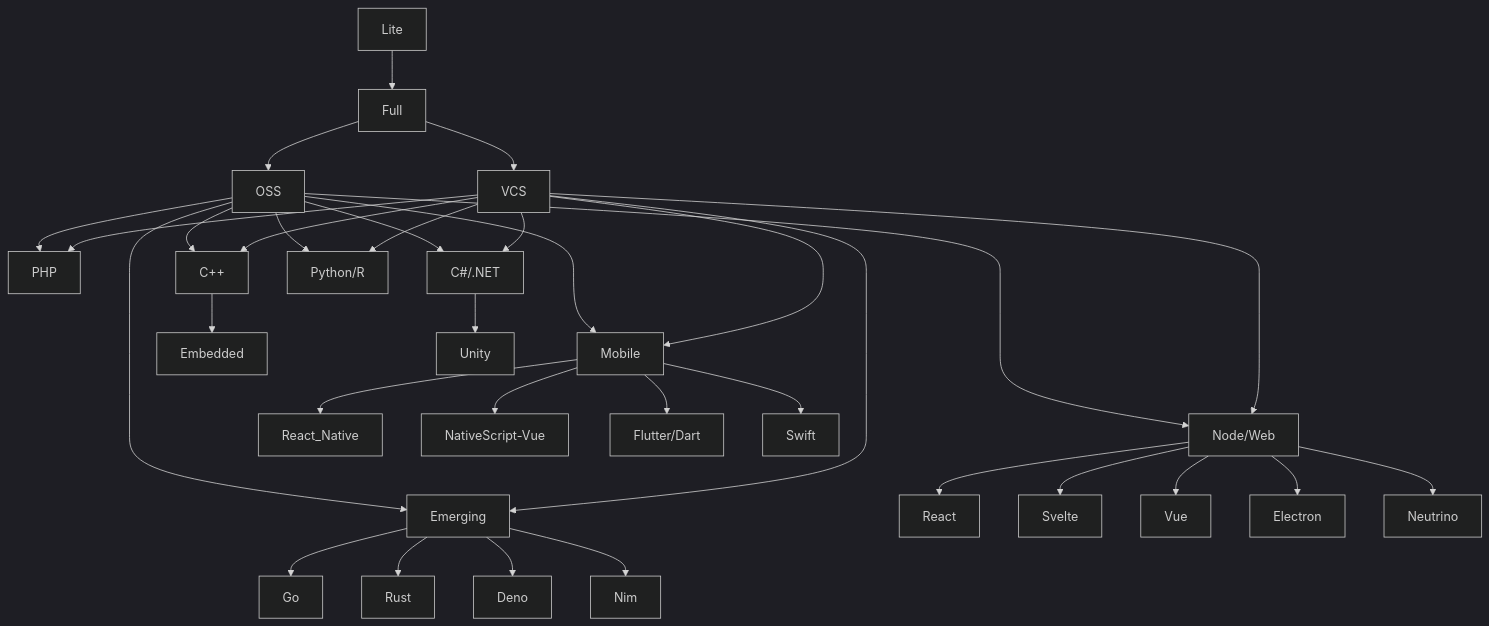
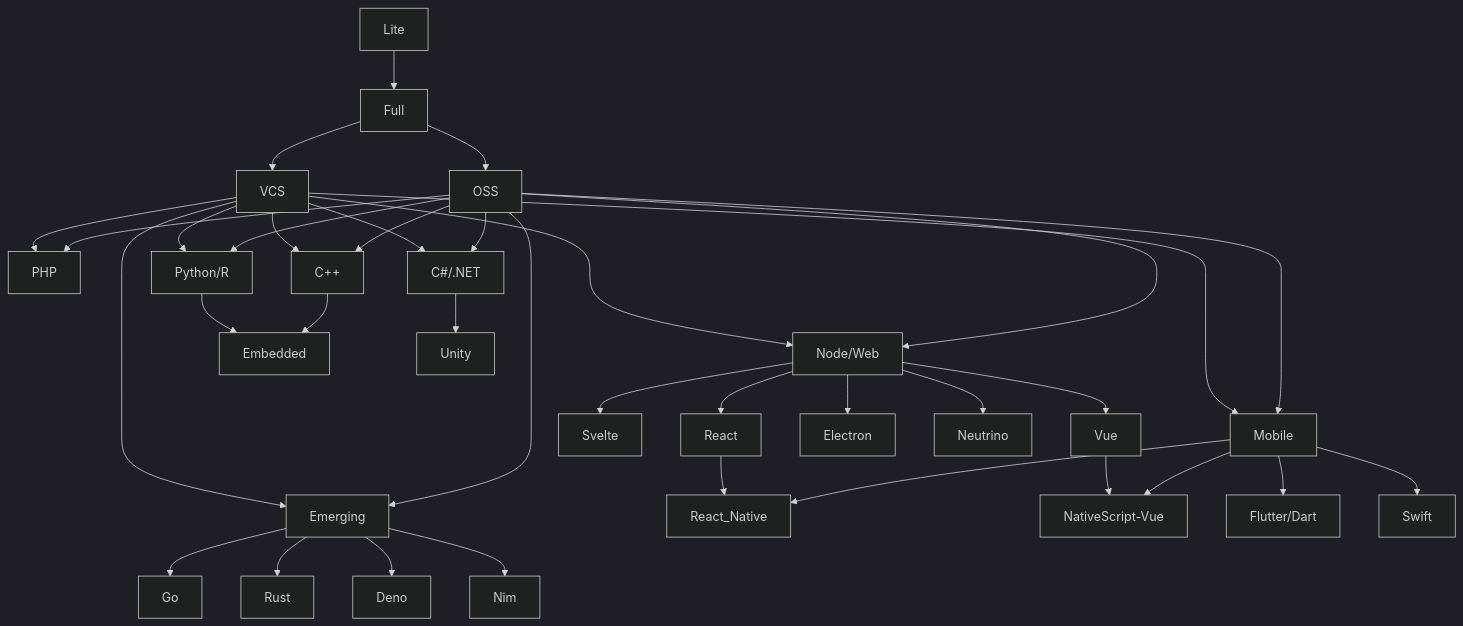
The diagram in config/editor/README.md (BinaryBen/dotfiles), drawn with Mermaid (dark theme) before and after one commit.

Commit message:
📝 Even more complications

````diff
--- a/config/editor/README.md
+++ b/config/editor/README.md
@@ -31,35 +31,38 @@
 ```mermaid
 graph TD
   Lite-->Full
   Full-->OSS
   Full-->VCS
-  OSS--->Mobile
+  OSS-->Emerging
+  OSS-->Mobile
   OSS-->PHP
   OSS-->C#/.NET
   OSS-->C++
-  OSS-->Emerging
   OSS-->Python/R
-  OSS---->Node/Web
-  VCS--->Mobile
+  OSS-->Node/Web
   VCS----->Emerging
+  VCS-->Mobile
   VCS-->PHP
   VCS-->C#/.NET
   VCS-->C++
   VCS-->Python/R
   VCS--->Node/Web
   C++-->Embedded
+  Python/R-->Embedded
   C#/.NET-->Unity
   Emerging-->Go
   Emerging-->Rust
   Emerging-->Deno
   Emerging-->Nim
   Node/Web-->React
   Node/Web-->Svelte
   Node/Web-->Vue
   Node/Web-->Electron
   Node/Web-->Neutrino
   Mobile-->React_Native
   Mobile-->NativeScript-Vue
   Mobile-->Flutter/Dart
   Mobile-->Swift
+  React-->React_Native
+  Vue-->NativeScript-Vue
 ```
````
